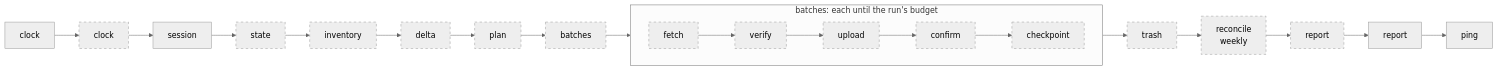
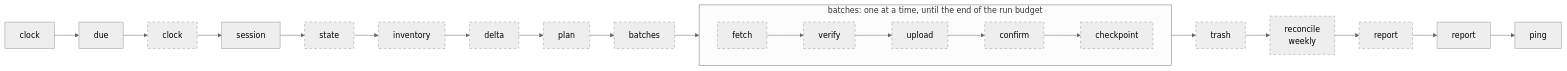
The diagram in README.md (katoptra/dropbox), drawn with Mermaid (neutral theme) before and after one commit. The commit also changed other lines of this file and 1 other file, not shown here.

````diff
--- a/README.md
+++ b/README.md
@@ -52,11 +68,11 @@
 ```mermaid
 flowchart LR
-  clock --> cp["clock"] --> session --> state --> inventory --> delta --> plan --> batches
-  subgraph b["batches: each until the run's budget"]
+  clock --> due --> cp["clock"] --> session --> state --> inventory --> delta --> plan --> batches
+  subgraph b["batches: one at a time, until the end of the run budget"]
     direction LR
     fetch --> verify --> upload --> confirm --> checkpoint
   end
   batches --> b --> trash --> reconcile["reconcile<br/>weekly"] --> rp["report"] --> report --> ping
   classDef own stroke-dasharray: 5 5
   class cp,state,inventory,delta,plan,batches,fetch,verify,upload,confirm,checkpoint,trash,reconcile,rp own
 ```
````
